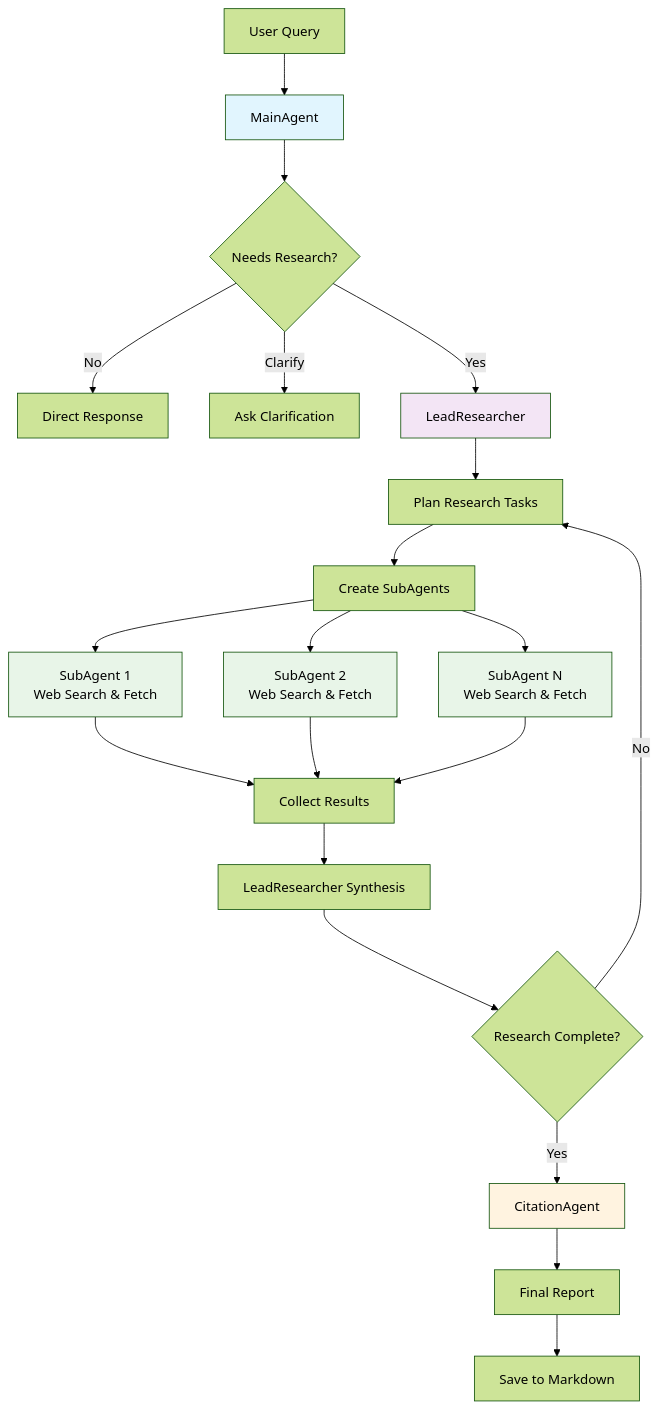
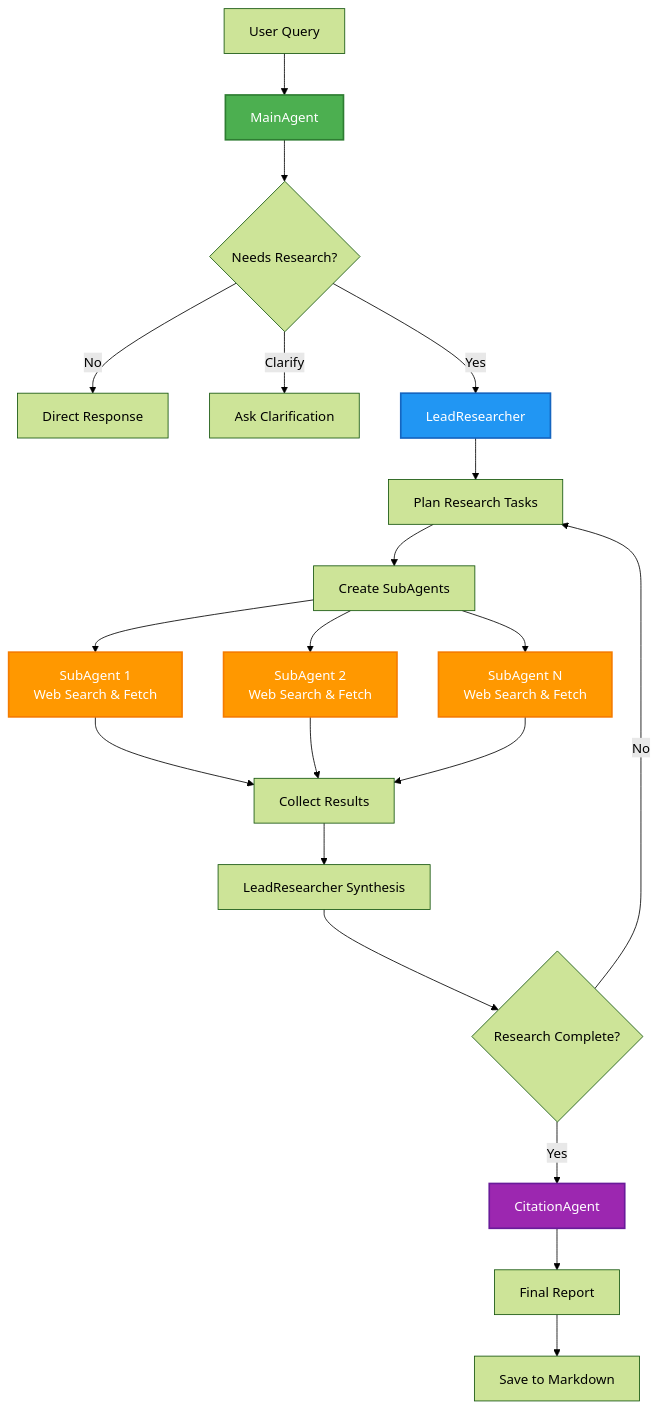
The first of 2 diagrams in README.md (Vanekkk1/structured_output_VS_multi_agent--deep-research-agent), drawn with Mermaid (forest theme) before and after one commit.

````diff
--- a/README.md
+++ b/README.md
@@ -109,32 +109,32 @@
 ```mermaid
 graph TD
     A[User Query] --> B[MainAgent]
     B --> C{Needs Research?}
     C -->|No| D[Direct Response]
     C -->|Clarify| E[Ask Clarification]
     C -->|Yes| F[LeadResearcher]
     
     F --> G[Plan Research Tasks]
     G --> H[Create SubAgents]
     H --> I[SubAgent 1<br/>Web Search & Fetch]
     H --> J[SubAgent 2<br/>Web Search & Fetch]
     H --> K[SubAgent N<br/>Web Search & Fetch]
     
     I --> L[Collect Results]
     J --> L
     K --> L
     
     L --> M[LeadResearcher Synthesis]
     M --> N{Research Complete?}
     N -->|No| G
     N -->|Yes| O[CitationAgent]
     O --> P[Final Report]
     P --> Q[Save to Markdown]
     
-    style B fill:#e1f5fe
-    style F fill:#f3e5f5
-    style I fill:#e8f5e8
-    style J fill:#e8f5e8
-    style K fill:#e8f5e8
-    style O fill:#fff3e0
+    style B fill:#4CAF50,stroke:#2E7D32,stroke-width:2px,color:#fff
+    style F fill:#2196F3,stroke:#1565C0,stroke-width:2px,color:#fff
+    style I fill:#FF9800,stroke:#F57C00,stroke-width:2px,color:#fff
+    style J fill:#FF9800,stroke:#F57C00,stroke-width:2px,color:#fff
+    style K fill:#FF9800,stroke:#F57C00,stroke-width:2px,color:#fff
+    style O fill:#9C27B0,stroke:#6A1B9A,stroke-width:2px,color:#fff
 ```
````
